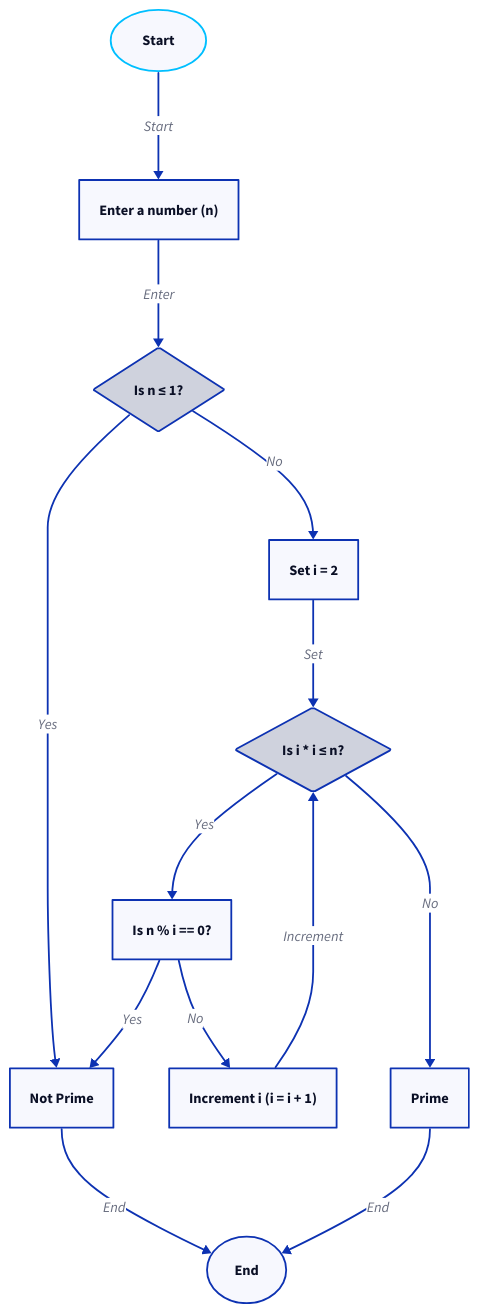
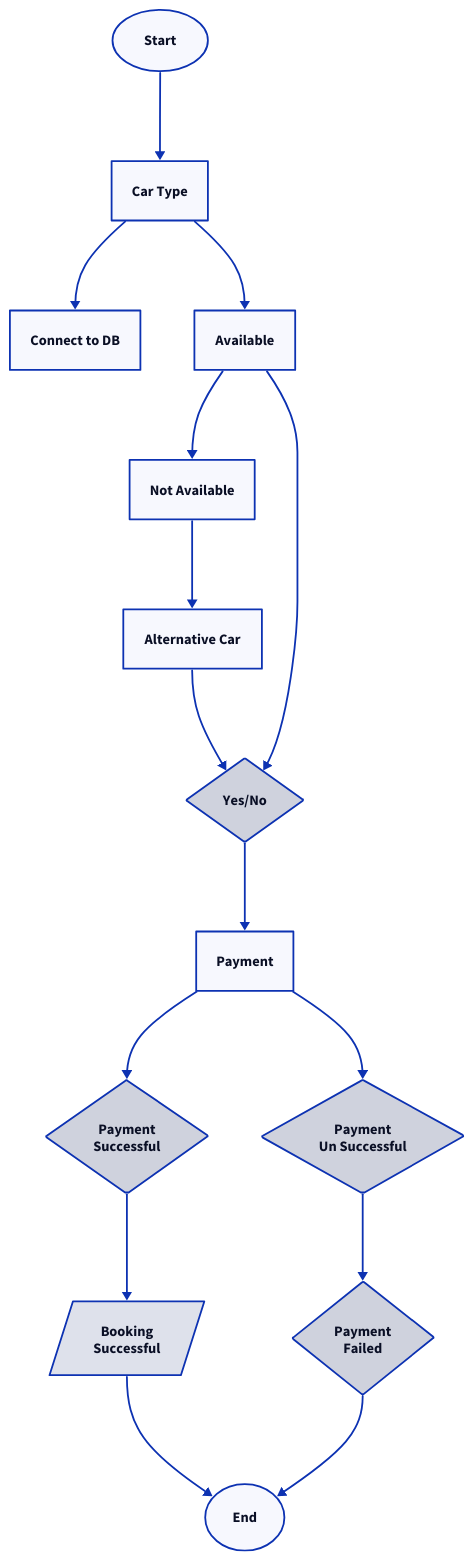
The diagram in resources/diagram/flow_chart.d2 (pritam12426/class_practice), drawn with D2 before and after one commit. The commit also changed 1 other file, not shown here.

Commit message:
added the flow chart

```diff
--- a/resources/diagram/flow_chart.d2
+++ b/resources/diagram/flow_chart.d2
@@ -1,34 +1,59 @@
-#!/usr/bin/env -S d2 --watch --layout elk --center -s
+#!/usr/bin/env -S d2 --watch --layout elk --center
+
+classes: {
+	startEnd: {
+		shape: oval
+	}
+
+	Process: {
+		shape: rectangle
+	}
+
+	Decision: {
+		shape: diamond
+	}
+
+	IO: {
+		shape: parallelogram
+	}
+}
 
 start: "Start"
-input: "Enter a number (n)"
-condition1: "Is n ≤ 1?"
-not_prime: "Not Prime"
-loop_start: "Set i = 2"
-condition2: "Is i * i ≤ n?"
-check_div: "Is n % i == 0?"
-increment: "Increment i (i = i + 1)"
-prime: "Prime"
+catType: "Car Type"
+ConnectToDB: "Connect to DB"
 end: "End"
+Available: "Available"
+NotAvailable: "Not Available"
+AlternativeCar: "Alternative Car"
+conditionFor-Avaiable-AlternativeCAr: "Yes/No"
+payment: "Payment"
+paymentSuc: "Payment\nSuccessful"
+paymentUnSuc: "Payment\nUn Successful"
+paymentFail: "Payment\nFailed"
+Book: "Booking\nSuccessful"
 
-start -> input: "Start"
-input -> condition1: "Enter"
-condition1 -> not_prime: "Yes"
-not_prime -> end: "End"
 
-condition1 -> loop_start: "No"
-loop_start -> condition2: "Set"
-condition2 -> check_div: "Yes"
+start.class: startEnd
+end.class: startEnd
 
-check_div -> not_prime: "Yes"
-check_div -> increment: "No"
-increment -> condition2: "Increment"
+conditionFor-Avaiable-AlternativeCAr.class: Decision
+payment.class: Process
+paymentSuc.class: Decision
+paymentUnSuc.class: Decision
+paymentFail.class: Decision
+Book.class: IO
 
-condition2 -> prime: "No"
-prime -> end: "End"
-
-start.shape: oval
-start.style.stroke: deepskyblue
-end.shape: oval
-condition1.shape: diamond
-condition2.shape: diamond
+start -> catType
+catType -> ConnectToDB
+catType -> Available
+Available -> NotAvailable
+NotAvailable -> AlternativeCar
+AlternativeCar -> conditionFor-Avaiable-AlternativeCAr
+Available -> conditionFor-Avaiable-AlternativeCAr
+conditionFor-Avaiable-AlternativeCAr -> payment
+payment -> paymentSuc
+payment -> paymentUnSuc
+paymentUnSuc -> paymentFail
+paymentSuc -> Book
+Book -> end
+paymentFail -> end
```
